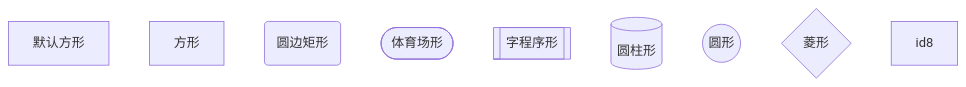
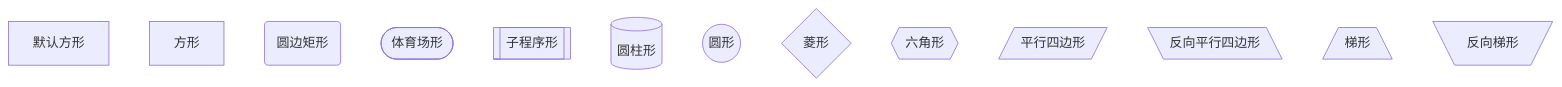
One commit to newle/newle.github.io changed the second of 2 diagrams in 学习mermaid.md. Above: the diagram before and after it, drawn with Mermaid.

Commit message:
vault backup: 2022-10-31 22:50:42

````diff
--- a/学习mermaid.md
+++ b/学习mermaid.md
@@ -22,15 +22,19 @@
 ```mermaid
 graph
 
 默认方形
 id[方形]
 id2(圆边矩形)
 id3([体育场形])
-id4[[字程序形]]
+id4[[子程序形]]
 id5[(圆柱形)]
 id6((圆形))
 
 id7{菱形}
-id8
+id8{{六角形}}
+id9[/平行四边形/]
+id10[\反向平行四边形\]
+id11[/梯形\]
+id12[\反向梯形/]
 
 ```
````
